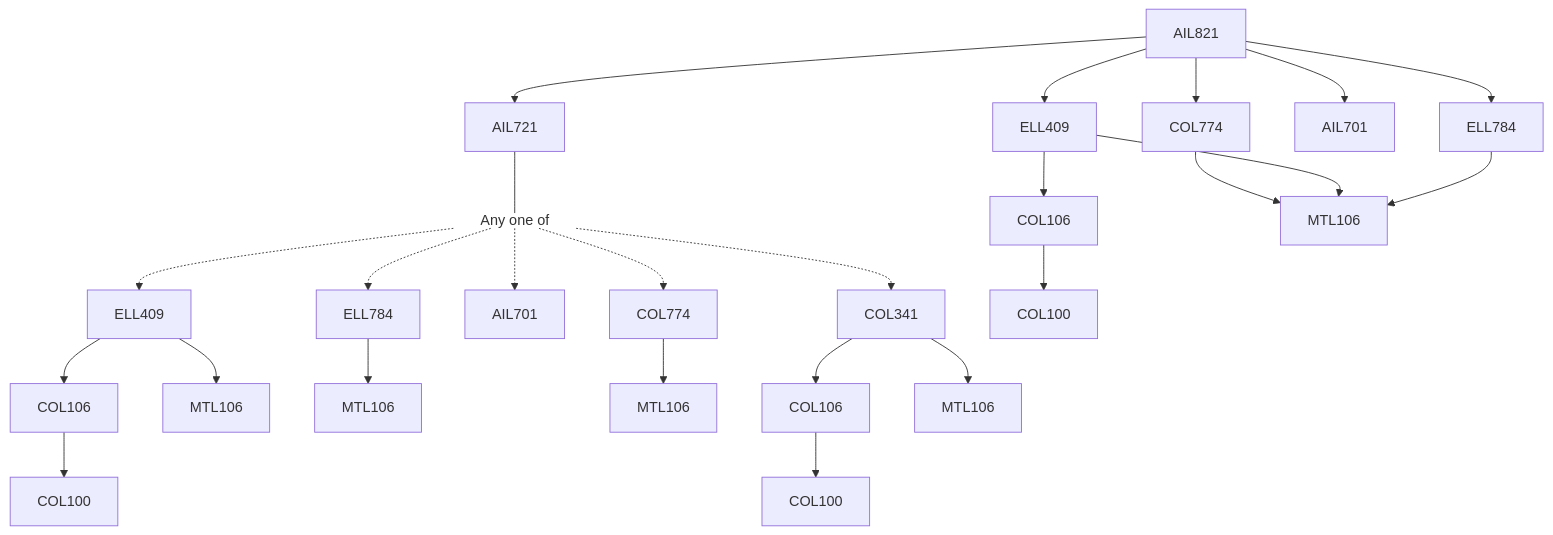
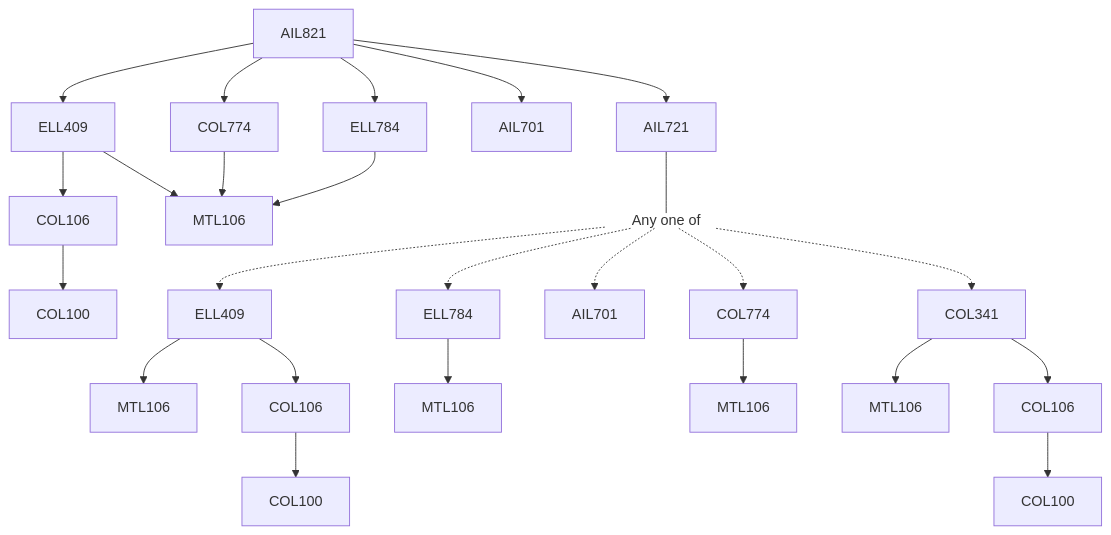
One commit to KeshavBansal0122/CoS_Website changed the diagram in content/School of Artificial Intelligence/AIL821.md. Above: the diagram before and after it, drawn with Mermaid. The commit also changed other lines of this file and 2667 other files, not shown here.

````diff
--- a/content/School of Artificial Intelligence/AIL821.md
+++ b/content/School of Artificial Intelligence/AIL821.md
@@ -15,31 +13,31 @@
 ```mermaid
 flowchart TD
-AIL821-3[AIL821]
-AIL721-3 --- Or4[Any one of]:::empty
-Or4 -.-> ELL409-5[ELL409]
-COL106-5 --> COL100-5[COL100]
-ELL409-5 --> MTL106-5[MTL106]
-ELL409-5 --> COL106-5[COL106]
-Or4 -.-> ELL784-6[ELL784]
+AIL821-6[AIL821]
+AIL821-6 --> COL774-6[COL774]
+ELL409-6 --> COL106-6[COL106]
 ELL784-6 --> MTL106-6[MTL106]
-Or4 -.-> AIL701-7[AIL701]
-Or4 -.-> COL774-8[COL774]
-COL774-8 --> MTL106-8[MTL106]
-COL341-9 --> COL106-9[COL106]
-Or4 -.-> COL341-9[COL341]
-COL341-9 --> MTL106-9[MTL106]
-COL106-9 --> COL100-9[COL100]
-ELL409-3 --> COL106-3[COL106]
-AIL821-3 --> COL774-3[COL774]
-AIL821-3 --> AIL701-3[AIL701]
-COL106-3 --> COL100-3[COL100]
-AIL821-3 --> AIL721-3[AIL721]
-AIL821-3 --> ELL409-3[ELL409]
-AIL821-3 --> ELL784-3[ELL784]
-COL774-3 --> MTL106-3[MTL106]
-ELL409-3 --> MTL106-3[MTL106]
-ELL784-3 --> MTL106-3[MTL106]
+AIL821-6 --> AIL701-6[AIL701]
+AIL821-6 --> ELL409-6[ELL409]
+COL106-6 --> COL100-6[COL100]
+AIL721-6 --- Or7[Any one of]:::empty
+ELL409-8 --> MTL106-8[MTL106]
+Or7 -.-> ELL409-8[ELL409]
+ELL409-8 --> COL106-8[COL106]
+COL106-8 --> COL100-8[COL100]
+Or7 -.-> ELL784-9[ELL784]
+ELL784-9 --> MTL106-9[MTL106]
+Or7 -.-> AIL701-10[AIL701]
+Or7 -.-> COL774-11[COL774]
+COL774-11 --> MTL106-11[MTL106]
+COL341-12 --> MTL106-12[MTL106]
+COL106-12 --> COL100-12[COL100]
+COL341-12 --> COL106-12[COL106]
+Or7 -.-> COL341-12[COL341]
+AIL821-6 --> AIL721-6[AIL721]
+AIL821-6 --> ELL784-6[ELL784]
+COL774-6 --> MTL106-6[MTL106]
+ELL409-6 --> MTL106-6[MTL106]
 
 classDef empty height:17px, fill:transparent, stroke:transparent;
 classDef trueEmpty height:0px, width:0px;
 ```
````
